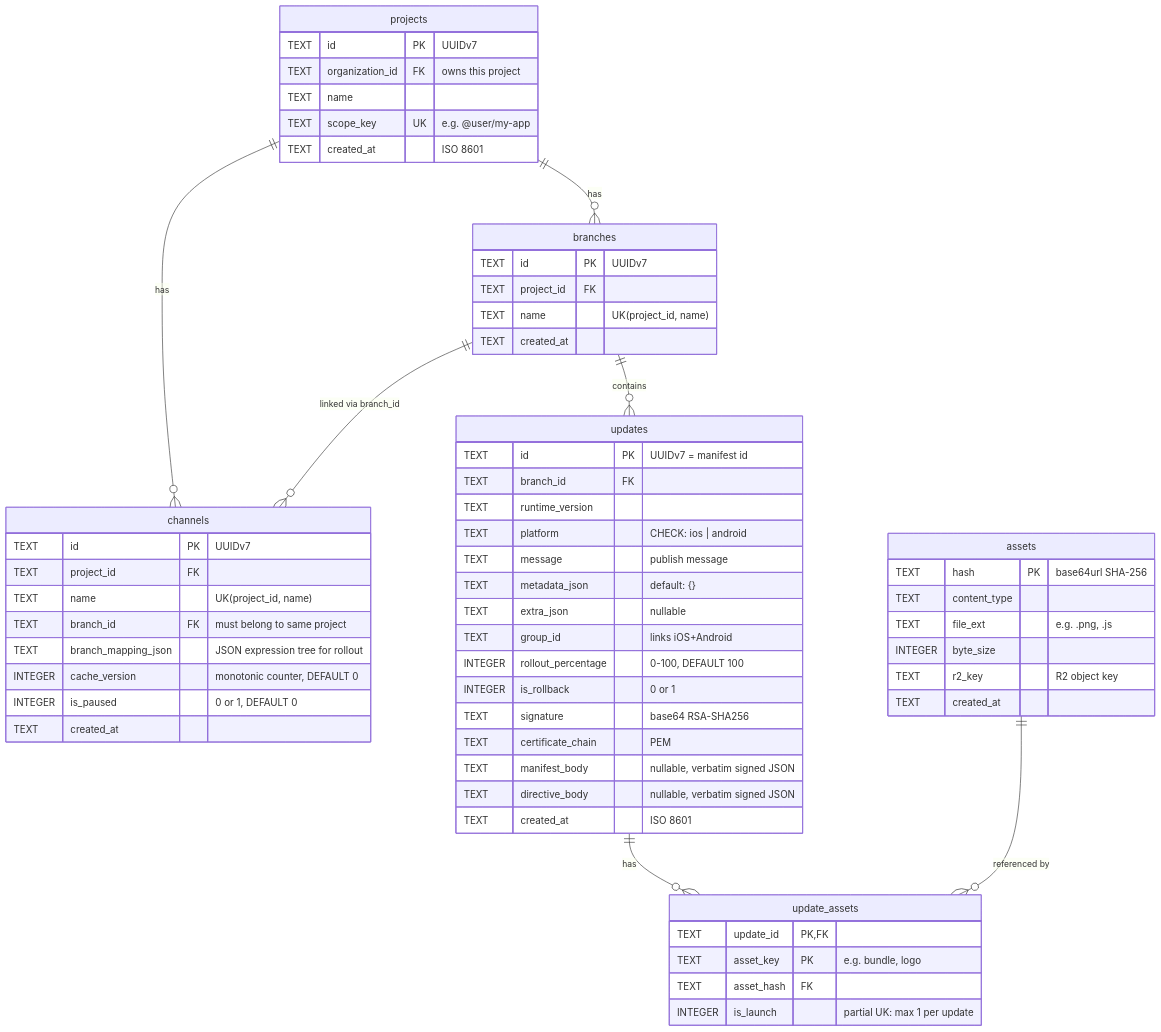
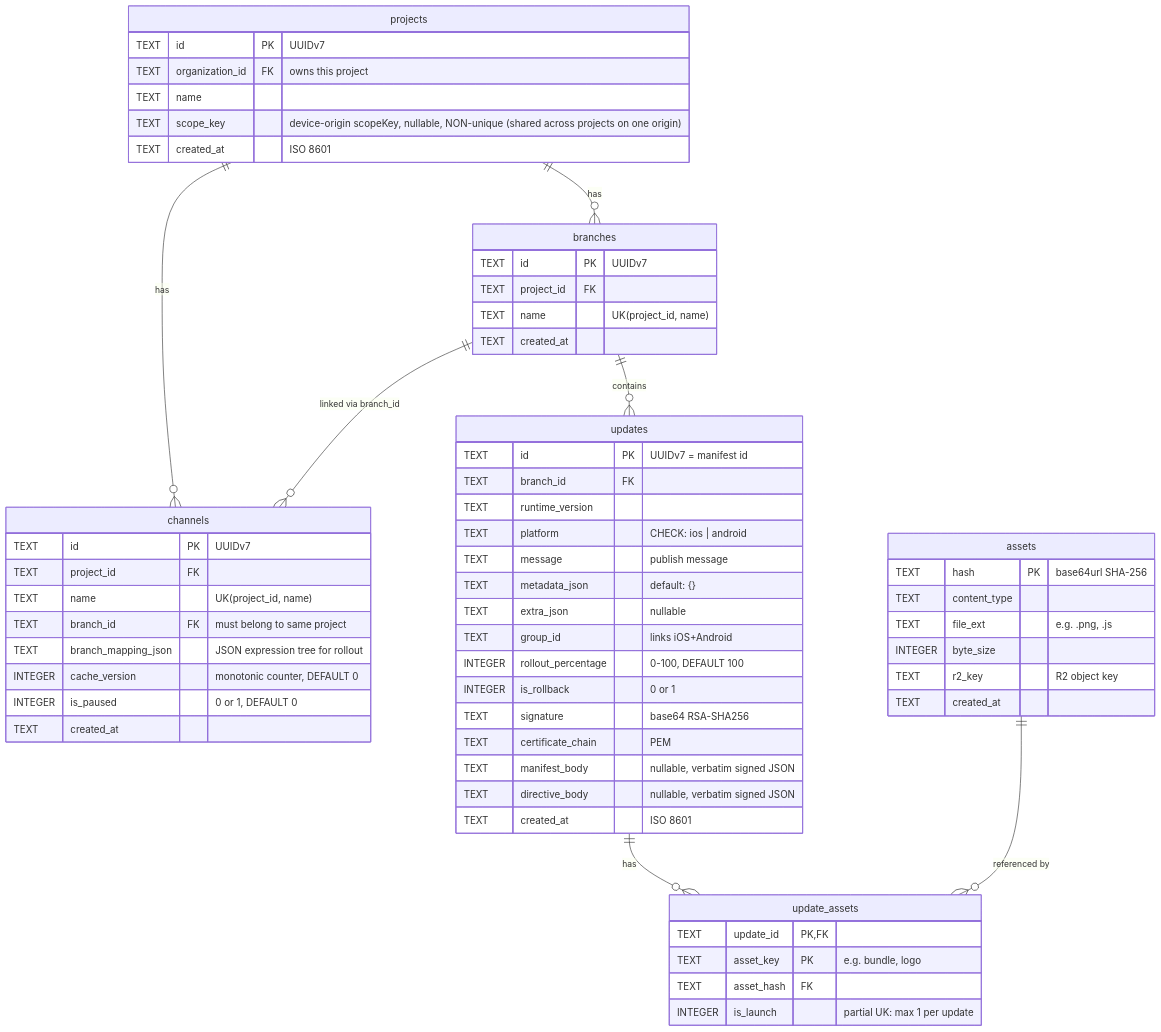
Before and after one commit to aislopware/better-update: the diagram in docs/specs/server/02-data-model.md, drawn with Mermaid. The commit also changed other lines of this file and 7 other files, not shown here.

````diff
--- a/docs/specs/server/02-data-model.md
+++ b/docs/specs/server/02-data-model.md
@@ -5,69 +5,69 @@
 ```mermaid
 erDiagram
     projects ||--o{ branches : has
     projects ||--o{ channels : has
     branches ||--o{ updates : contains
     branches ||--o{ channels : "linked via branch_id"
     updates ||--o{ update_assets : has
     assets ||--o{ update_assets : "referenced by"
 
     projects {
         TEXT id PK "UUIDv7"
         TEXT organization_id FK "owns this project"
         TEXT name
-        TEXT scope_key UK "e.g. @user/my-app"
+        TEXT scope_key "device-origin scopeKey, nullable, NON-unique (shared across projects on one origin)"
         TEXT created_at "ISO 8601"
     }
 
     branches {
         TEXT id PK "UUIDv7"
         TEXT project_id FK
         TEXT name "UK(project_id, name)"
         TEXT created_at
     }
 
     channels {
         TEXT id PK "UUIDv7"
         TEXT project_id FK
         TEXT name "UK(project_id, name)"
         TEXT branch_id FK "must belong to same project"
         TEXT branch_mapping_json "JSON expression tree for rollout"
         INTEGER cache_version "monotonic counter, DEFAULT 0"
         INTEGER is_paused "0 or 1, DEFAULT 0"
         TEXT created_at
     }
 
     updates {
         TEXT id PK "UUIDv7 = manifest id"
         TEXT branch_id FK
         TEXT runtime_version
         TEXT platform "CHECK: ios | android"
         TEXT message "publish message"
         TEXT metadata_json "default: {}"
         TEXT extra_json "nullable"
         TEXT group_id "links iOS+Android"
         INTEGER rollout_percentage "0-100, DEFAULT 100"
         INTEGER is_rollback "0 or 1"
         TEXT signature "base64 RSA-SHA256"
         TEXT certificate_chain "PEM"
         TEXT manifest_body "nullable, verbatim signed JSON"
         TEXT directive_body "nullable, verbatim signed JSON"
         TEXT created_at "ISO 8601"
     }
 
     assets {
         TEXT hash PK "base64url SHA-256"
         TEXT content_type
         TEXT file_ext "e.g. .png, .js"
         INTEGER byte_size
         TEXT r2_key "R2 object key"
         TEXT created_at
     }
 
     update_assets {
         TEXT update_id PK,FK
         TEXT asset_key PK "e.g. bundle, logo"
         TEXT asset_hash FK
         INTEGER is_launch "partial UK: max 1 per update"
     }
 ```
````
